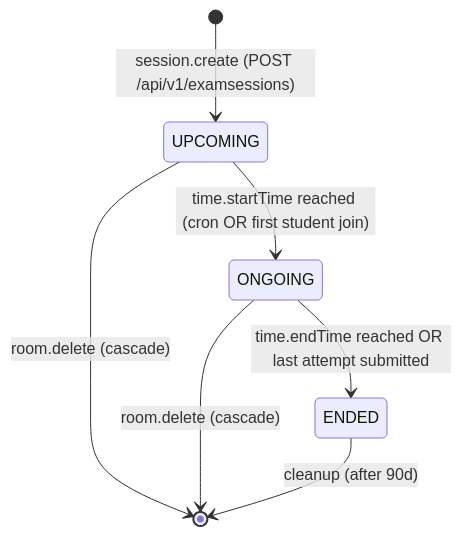
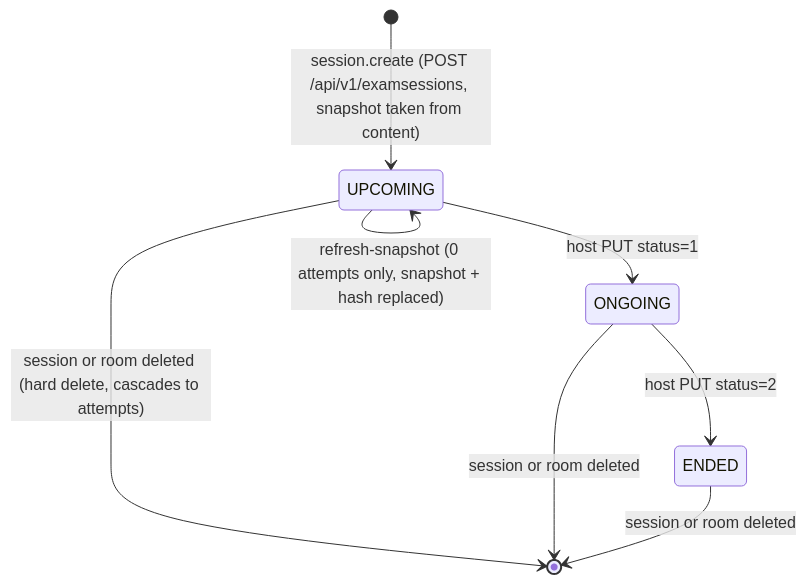
One commit to tgiap04/examio changed the diagram in docs/flows/FLOW003_exam-session.md. Above: the diagram before and after it, drawn with Mermaid. The commit also changed other lines of this file and 26 other files, not shown here.

First line of the commit message:
docs: sync architecture, system and generated docs with the microservice build

````diff
--- a/docs/flows/FLOW003_exam-session.md
+++ b/docs/flows/FLOW003_exam-session.md
@@ -10,9 +12,10 @@
 ```mermaid
 stateDiagram-v2
-    [*] --> UPCOMING : session.create (POST /api/v1/examsessions)
-    UPCOMING --> ONGOING : time.startTime reached (cron OR first student join)
-    ONGOING --> ENDED : time.endTime reached OR last attempt submitted
-    UPCOMING --> [*] : room.delete (cascade)
-    ONGOING --> [*] : room.delete (cascade)
-    ENDED --> [*] : cleanup (after 90d)
+    [*] --> UPCOMING : session.create (POST /api/v1/examsessions, snapshot taken from content)
+    UPCOMING --> UPCOMING : refresh-snapshot (0 attempts only, snapshot + hash replaced)
+    UPCOMING --> ONGOING : host PUT status=1
+    ONGOING --> ENDED : host PUT status=2
+    UPCOMING --> [*] : session or room deleted (hard delete, cascades to attempts)
+    ONGOING --> [*] : session or room deleted
+    ENDED --> [*] : session or room deleted
 ```
````
